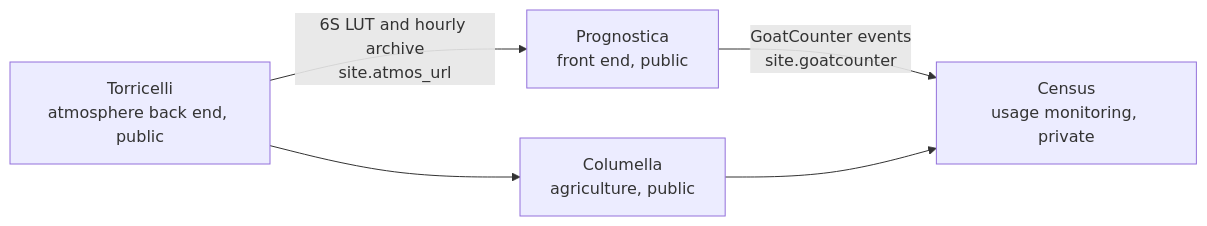
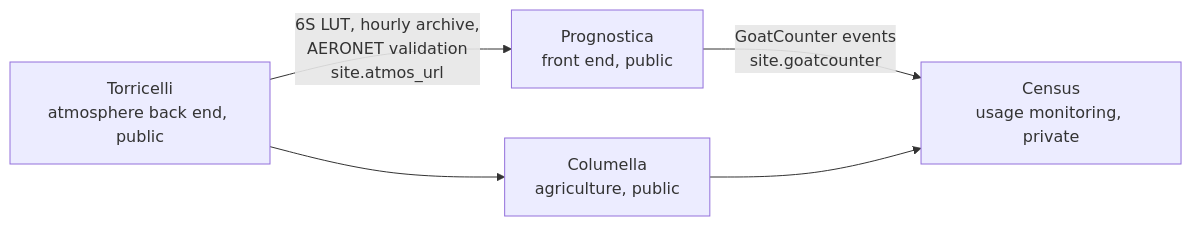
One commit to francescorossi3/prognostica changed the fourth of 5 diagrams in docs/HOW_IT_WORKS.md. Above: the diagram before and after it, drawn with Mermaid. The commit also changed other lines of this file and 1 other file, not shown here.

First line of the commit message:
docs: validazione AERONET della scheda Atmosphere RK

````diff
--- a/docs/HOW_IT_WORKS.md
+++ b/docs/HOW_IT_WORKS.md
@@ -89,11 +89,11 @@
 ```mermaid
 flowchart LR
   P[Prognostica<br>front end, public]
   Co[Columella<br>agriculture, public]
   T[Torricelli<br>atmosphere back end, public]
   C[Census<br>usage monitoring, private]
-  T -->|6S LUT and hourly archive<br>site.atmos_url| P
+  T -->|6S LUT, hourly archive,<br>AERONET validation<br>site.atmos_url| P
   T --> Co
   P -->|GoatCounter events<br>site.goatcounter| C
   Co --> C
 ```
````
